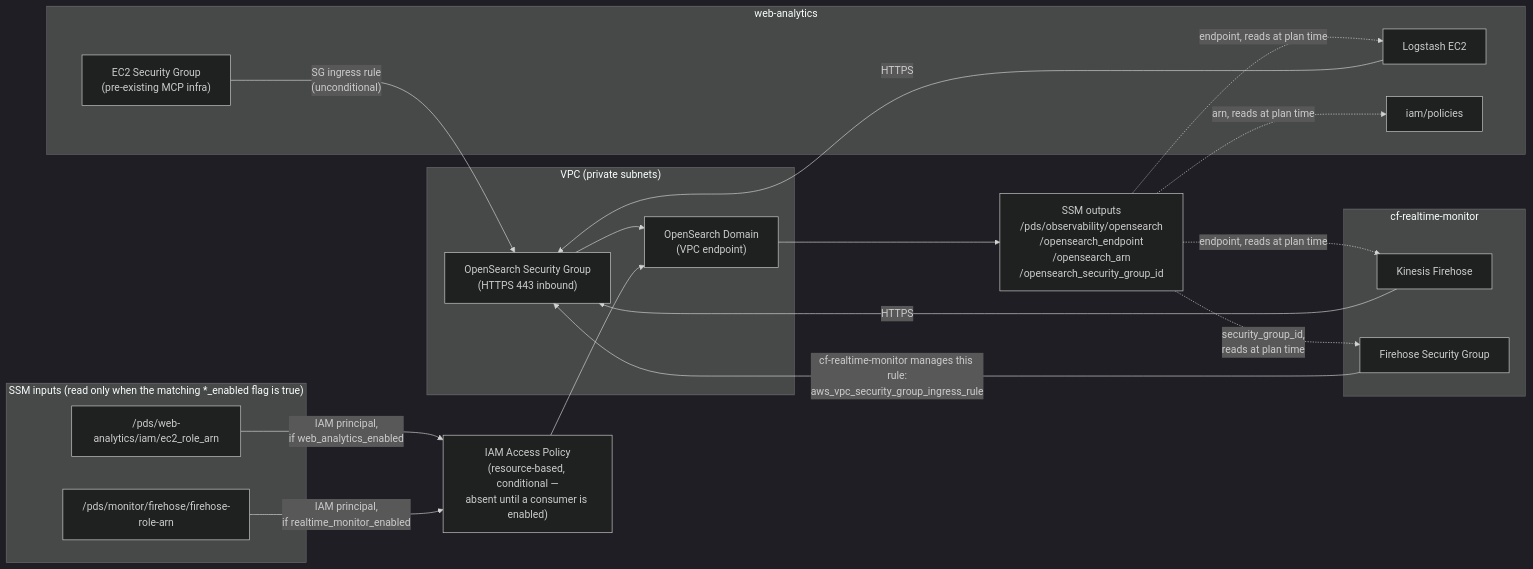
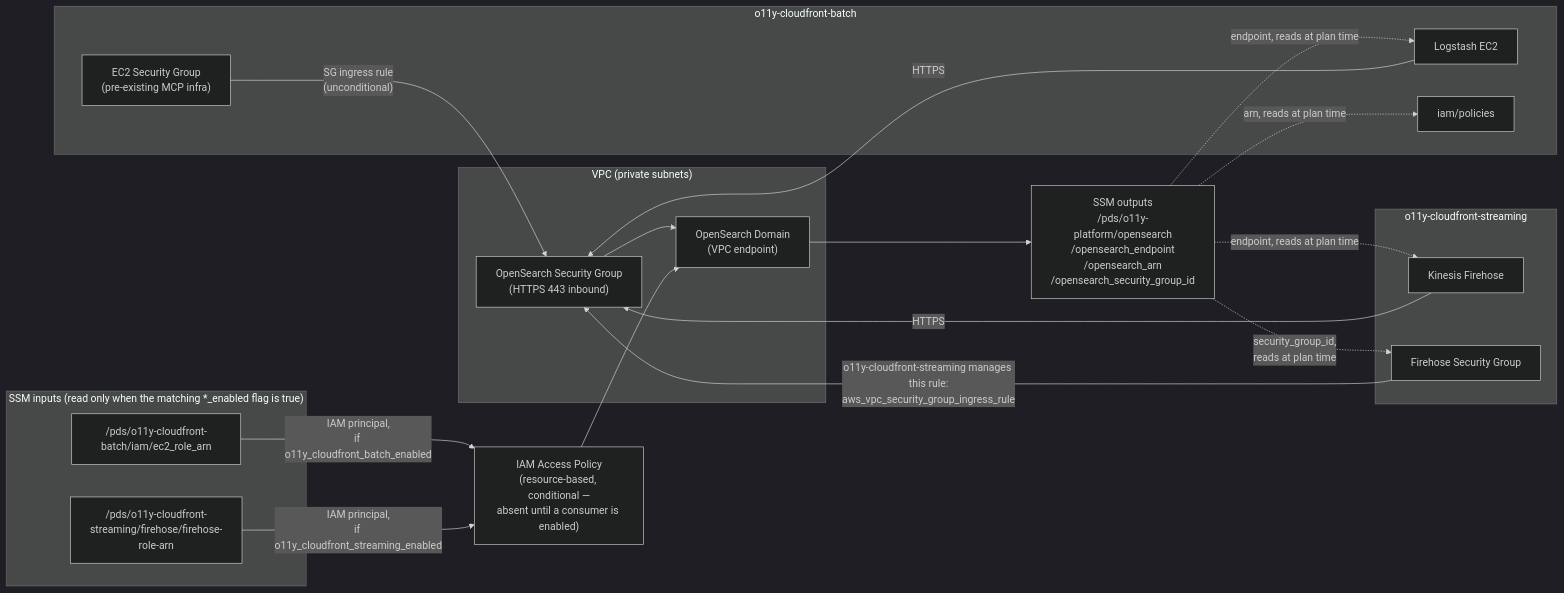
Before and after one commit to NASA-PDS/o11y-platform: the first of 2 diagrams in terraform/README.md, drawn with Mermaid (dark theme). The commit also changed other lines of this file and 13 other files, not shown here.

First line of the commit message:
Rename consumers to o11y-cloudfront-batch/streaming, move EC2 ingress to standalone rule

````diff
--- a/terraform/README.md
+++ b/terraform/README.md
@@ -7,40 +7,40 @@
 ```mermaid
 flowchart LR
     subgraph vpc["VPC (private subnets)"]
         SG["OpenSearch Security Group\n(HTTPS 443 inbound)"]
         OS["OpenSearch Domain\n(VPC endpoint)"]
     end
 
     subgraph ssm_in["SSM inputs (read only when the matching *_enabled flag is true)"]
-        EC2ARN["/pds/web-analytics/iam/ec2_role_arn"]
-        FHARN["/pds/monitor/firehose/firehose-role-arn"]
+        EC2ARN["/pds/o11y-cloudfront-batch/iam/ec2_role_arn"]
+        FHARN["/pds/o11y-cloudfront-streaming/firehose/firehose-role-arn"]
     end
 
     POL["IAM Access Policy\n(resource-based, conditional —\nabsent until a consumer is enabled)"]
-    SSM_OUT["SSM outputs\n/pds/observability/opensearch\n/opensearch_endpoint\n/opensearch_arn\n/opensearch_security_group_id"]
+    SSM_OUT["SSM outputs\n/pds/o11y-platform/opensearch\n/opensearch_endpoint\n/opensearch_arn\n/opensearch_security_group_id"]
 
-    subgraph wa["web-analytics"]
+    subgraph wa["o11y-cloudfront-batch"]
         LS["Logstash EC2"]
         EC2SG["EC2 Security Group\n(pre-existing MCP infra)"]
         WAIAM["iam/policies"]
     end
 
-    subgraph cf["cf-realtime-monitor"]
+    subgraph cf["o11y-cloudfront-streaming"]
         FH["Kinesis Firehose"]
         FHSG["Firehose Security Group"]
     end
 
     EC2SG -->|"SG ingress rule\n(unconditional)"| SG
     SG --> OS
-    EC2ARN -->|"IAM principal,\nif web_analytics_enabled"| POL
-    FHARN -->|"IAM principal,\nif realtime_monitor_enabled"| POL
+    EC2ARN -->|"IAM principal,\nif o11y_cloudfront_batch_enabled"| POL
+    FHARN -->|"IAM principal,\nif o11y_cloudfront_streaming_enabled"| POL
     POL --> OS
     OS --> SSM_OUT
     SSM_OUT -.->|"endpoint, reads at plan time"| LS
     SSM_OUT -.->|"endpoint, reads at plan time"| FH
     SSM_OUT -.->|"arn, reads at plan time"| WAIAM
     SSM_OUT -.->|"security_group_id,\nreads at plan time"| FHSG
-    FHSG -->|"cf-realtime-monitor manages this rule:\naws_vpc_security_group_ingress_rule"| SG
+    FHSG -->|"o11y-cloudfront-streaming manages this rule:\naws_vpc_security_group_ingress_rule"| SG
     LS -->|"HTTPS"| SG
     FH -->|"HTTPS"| SG
 ```
````
